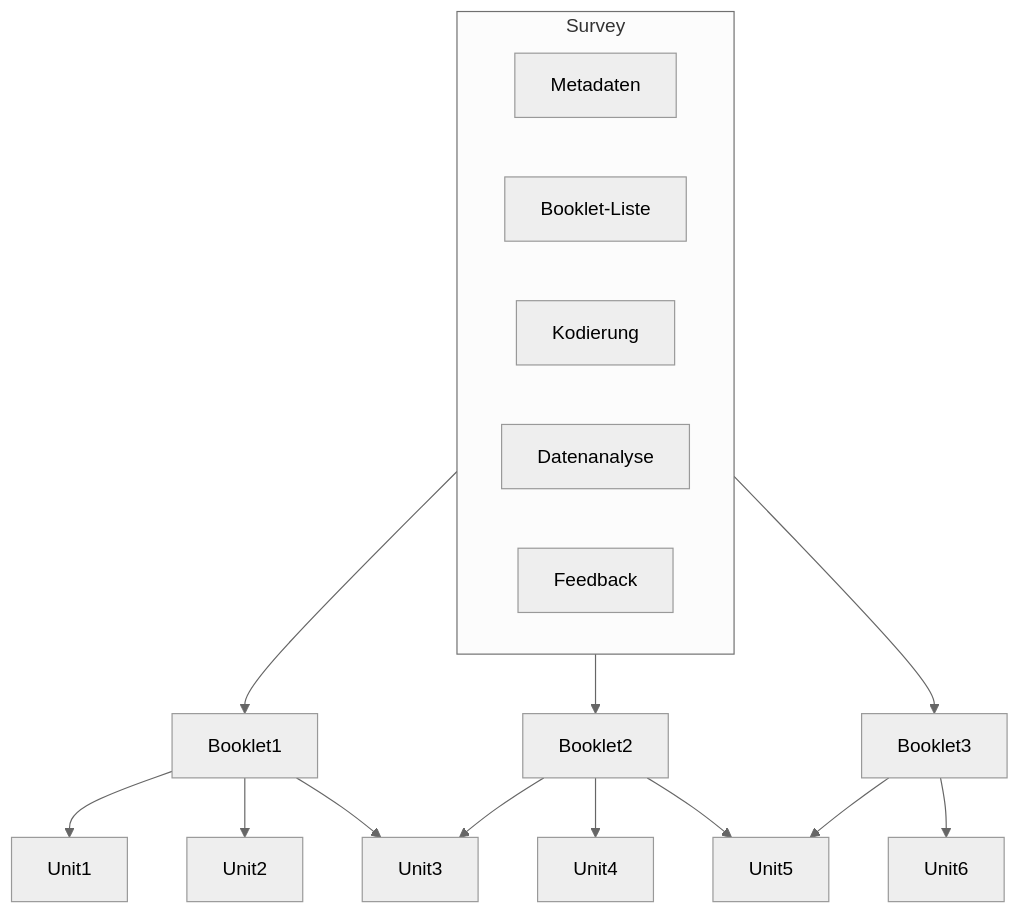
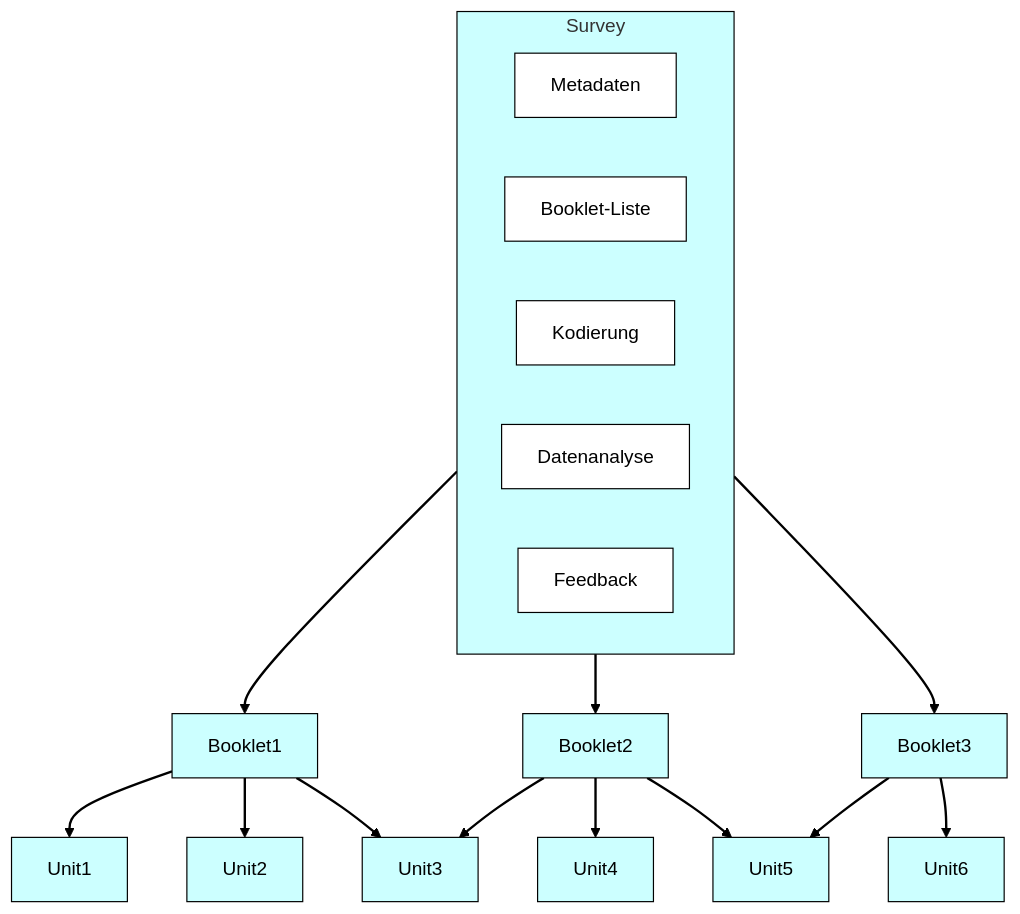
The diagram in survey/content.qmd (iqb-berlin/rising-stars), drawn with Mermaid (neutral theme) before and after one commit.

Commit message:
Restyle survey diagram

````diff
--- a/survey/content.qmd
+++ b/survey/content.qmd
@@ -39,24 +39,29 @@
 ```{mermaid}
 flowchart TD
+    classDef insurveybox fill:white,stroke:black
+    classDef others fill:#cff,stroke:black
+    linkStyle default stroke:black,stroke-width:2px,color:black;
+
     subgraph s[Survey]
-        s1[Metadaten]
-        s2[Booklet-Liste]
-        s3[Kodierung]
-        s4[Datenanalyse]
-        s5[Feedback]
+        s1[Metadaten]:::insurveybox
+        s2[Booklet-Liste]:::insurveybox
+        s3[Kodierung]:::insurveybox
+        s4[Datenanalyse]:::insurveybox
+        s5[Feedback]:::insurveybox
     end
+    style s fill:#cff,stroke:black
 
-    s --> Booklet1
-    s --> Booklet2
-    s --> Booklet3
+    s --> Booklet1:::others
+    s --> Booklet2:::others
+    s --> Booklet3:::others
 
-    Booklet1 --> Unit1
-    Booklet1 --> Unit2
-    Booklet1 --> Unit3
+    Booklet1 --> Unit1:::others
+    Booklet1 --> Unit2:::others
+    Booklet1 --> Unit3:::others
     Booklet2 --> Unit3
-    Booklet2 --> Unit4
-    Booklet2 --> Unit5
+    Booklet2 --> Unit4:::others
+    Booklet2 --> Unit5:::others
     Booklet3 --> Unit5
-    Booklet3 --> Unit6
+    Booklet3 --> Unit6:::others
 
 ```
````
